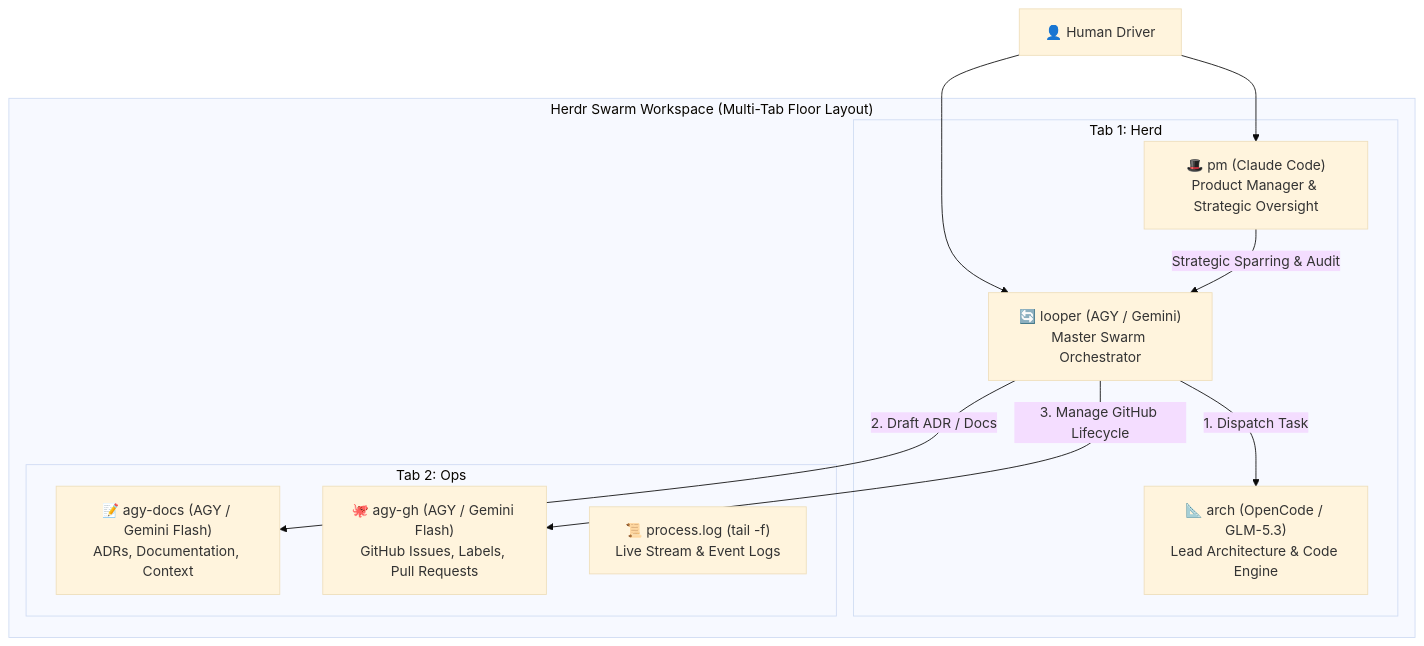
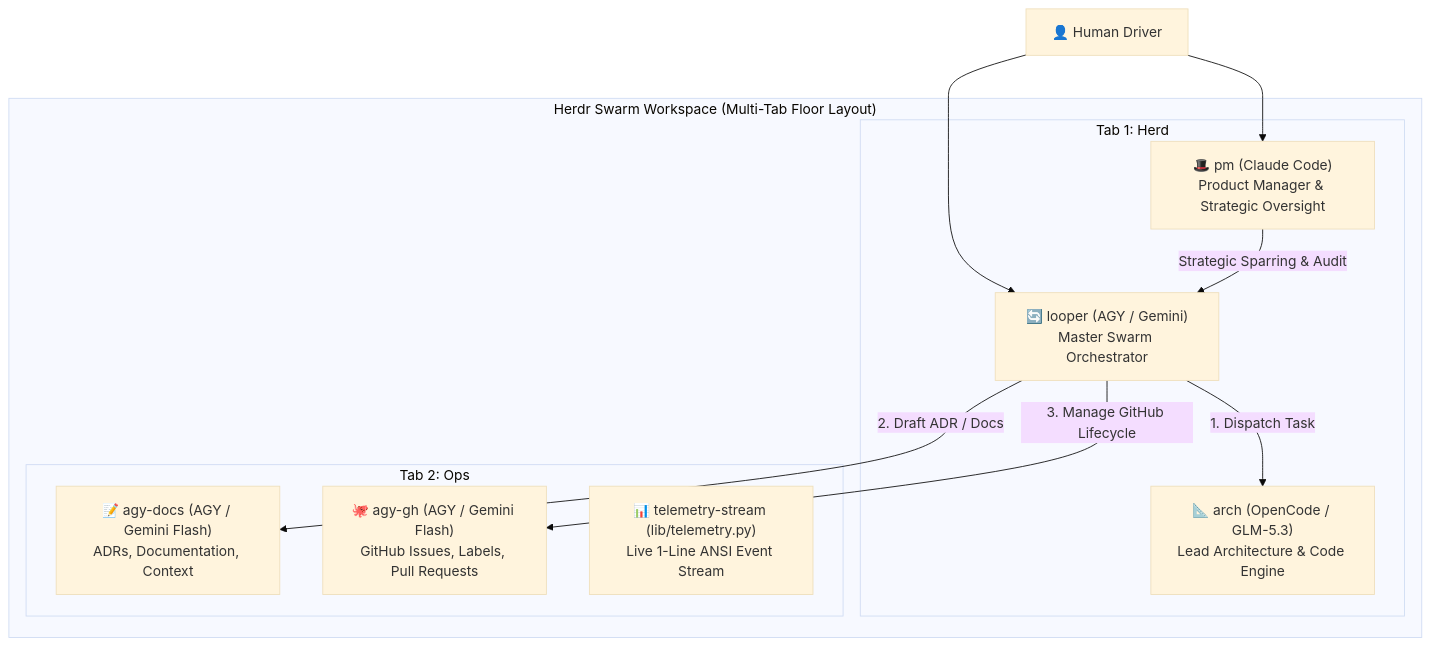
One commit to HinchK/stampede changed the diagram in README.md. Above: the diagram before and after it, drawn with Mermaid (base theme). The commit also changed other lines of this file and 1 other file, not shown here.

Commit message:
docs: polish README and user guide with lifecycle subcommands and telemetry (#T-015b)

````diff
--- a/README.md
+++ b/README.md
@@ -9,24 +9,24 @@
 ```mermaid
 flowchart TD
     Human["👤 Human Driver"] --> PM["🎩 pm (Claude Code)\nProduct Manager & Strategic Oversight"]
     Human --> Looper["🔄 looper (AGY / Gemini)\nMaster Swarm Orchestrator"]
     
     subgraph SwarmTopology ["Herdr Swarm Workspace (Multi-Tab Floor Layout)"]
         subgraph TabHerd ["Tab 1: Herd"]
             PM
             Arch["📐 arch (OpenCode / GLM-5.3)\nLead Architecture & Code Engine"]
             Looper
         end
         
         subgraph TabOps ["Tab 2: Ops"]
             Docs["📝 agy-docs (AGY / Gemini Flash)\nADRs, Documentation, Context"]
             GH["🐙 agy-gh (AGY / Gemini Flash)\nGitHub Issues, Labels, Pull Requests"]
-            Log["📜 process.log (tail -f)\nLive Stream & Event Logs"]
+            Telemetry["📊 telemetry-stream (lib/telemetry.py)\nLive 1-Line ANSI Event Stream"]
         end
     end
     
     Looper -->|1. Dispatch Task| Arch
     Looper -->|2. Draft ADR / Docs| Docs
     Looper -->|3. Manage GitHub Lifecycle| GH
     PM -->|Strategic Sparring & Audit| Looper
 ```
````
